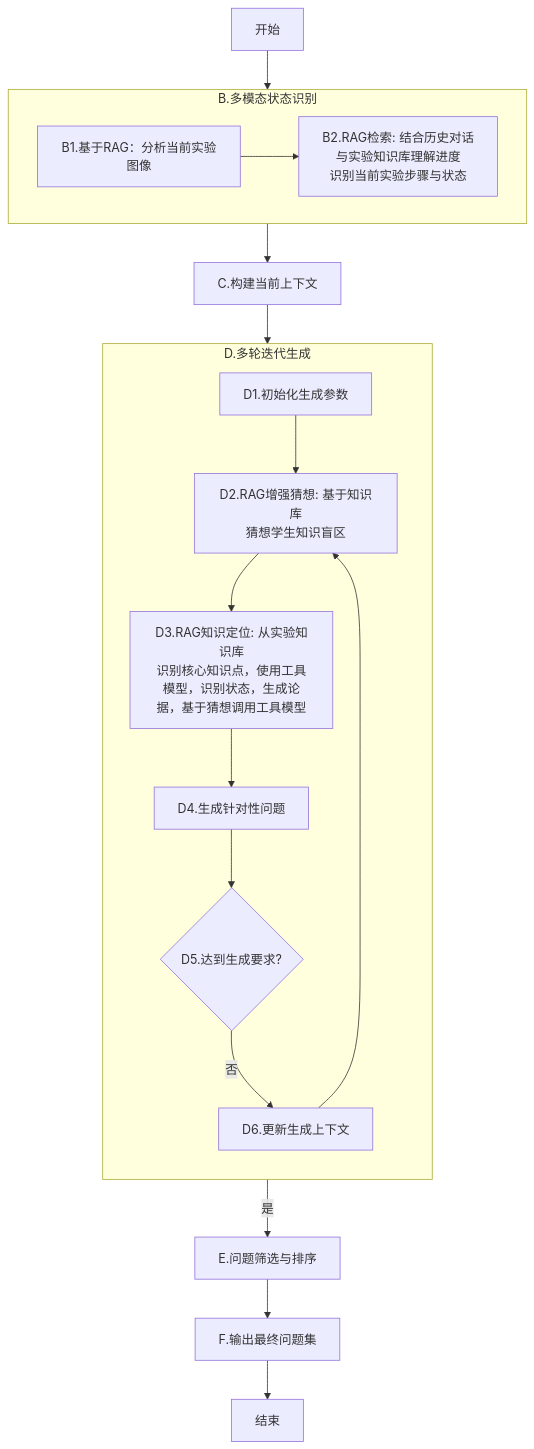
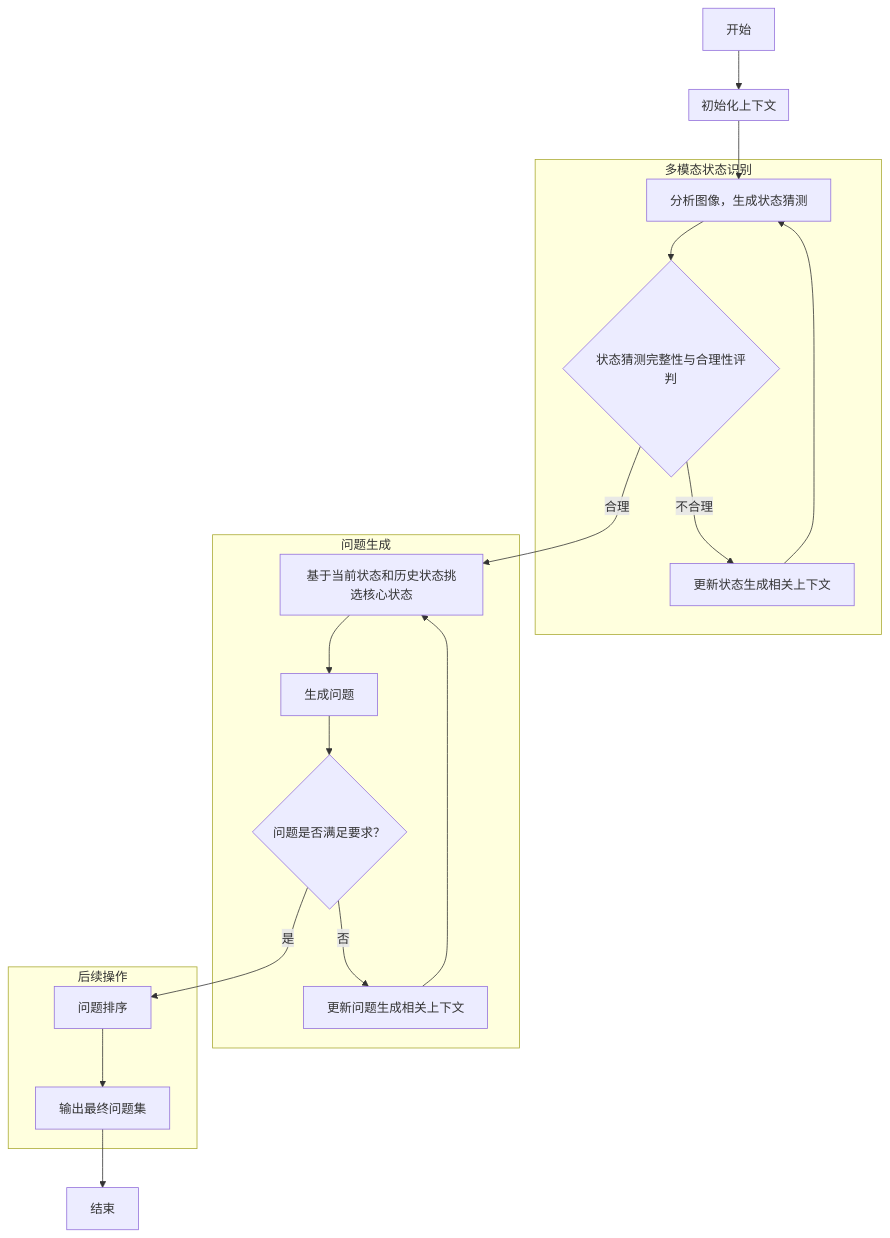
Before and after one commit to HongShiyuan2020/note: the diagram in 研究生/会议/2025.11.04 - 14.00 208.md, drawn with Mermaid. The commit also changed other lines of this file and 145 other files, not shown here.

````diff
--- a/研究生/会议/2025.11.04 - 14.00 208.md
+++ b/研究生/会议/2025.11.04 - 14.00 208.md
@@ -7,45 +9,59 @@
 ```mermaid
 flowchart TD
 
-A[开始] --> B[多模态状态识别]
+A[开始] --> B[初始化上下文]
 
-subgraph B [B.多模态状态识别]
-
-B1[B1.基于RAG：分析当前实验图像]
-
-B2[B2.RAG检索: 结合历史对话<br>与实验知识库理解进度<br>识别当前实验步骤与状态]
-
-B1 --> B2
+subgraph B [初始化上下文]
 
 end
 
-B --> C[C.构建当前上下文]
+B --> C1
 
-C --> D[D.迭代问题生成循环]
+subgraph C [多模态状态识别]
 
-subgraph D [D.多轮迭代生成]
+C1[分析图像，生成状态猜测]
 
-direction TB
+C2{状态猜测完整性与合理性评判}
 
-D1[D1.初始化生成参数]
+C3[更新状态生成相关上下文]
 
-D2[D2.RAG增强猜想: 基于知识库<br>猜想学生知识盲区]
+C1 --> C2
 
-D3[D3.RAG知识定位: 从实验知识库<br>识别核心知识点，使用工具模型，识别状态，生成论据，基于猜想调用工具模型]
-
-D4[D4.生成针对性问题]
-
-D5{D5.达到生成要求?}
-
-D1 --> D2 --> D3 --> D4 --> D5
-
-D5 --否--> D6[D6.更新生成上下文] --> D2
+C2 --不合理--> C3 --> C1
 
 end
 
-D5 --是--> E[E.问题筛选与排序]
+C2 --合理--> E1
 
-E --> F[F.输出最终问题集]
+subgraph E [问题生成]
 
-F --> K[结束]
+E1[基于当前状态和历史状态挑选核心状态]
+
+E2[生成问题]
+
+E3{问题是否满足要求？}
+
+E4[更新问题生成相关上下文]
+
+E1 --> E2 --> E3
+
+E3 --否--> E4
+
+E4 --> E1
+
+end
+
+E3 --是--> F1
+
+subgraph F [后续操作]
+
+F1[问题排序]
+
+F2[输出最终问题集]
+
+F1 --> F2
+
+end
+
+F2 --> G[结束]
 ```
````
